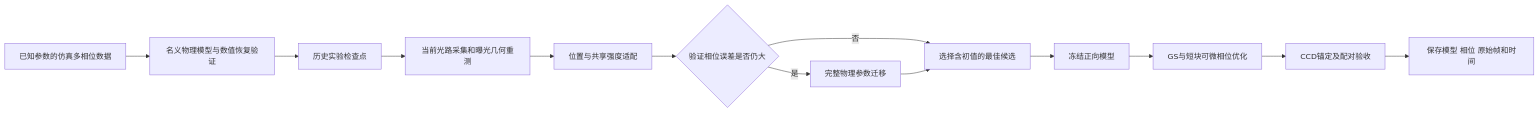
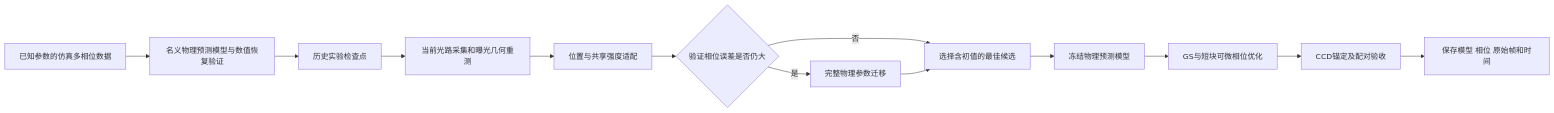
Before and after one commit to ywzhang909/AO-shaping: the second of 3 diagrams in report/shape_trials/multishape_capability/physical_multishape_reproduction_20261023.md, drawn with Mermaid. The commit also changed other lines of this file and 28 other files, not shown here.

````diff
--- a/report/shape_trials/multishape_capability/physical_multishape_reproduction_20261023.md
+++ b/report/shape_trials/multishape_capability/physical_multishape_reproduction_20261023.md
@@ -451,15 +451,15 @@
 ```mermaid
 flowchart LR
-    S[已知参数的仿真多相位数据] --> N[名义物理模型与数值恢复验证]
+    S[已知参数的仿真多相位数据] --> N[名义物理预测模型与数值恢复验证]
     N --> P[历史实验检查点]
     P --> C[当前光路采集和曝光几何重测]
     C --> R[位置与共享强度适配]
     R --> V{验证相位误差是否仍大}
     V -->|是| T[完整物理参数迁移]
     V -->|否| M[选择含初值的最佳候选]
     T --> M
-    M --> F[冻结正向模型]
+    M --> F[冻结物理预测模型]
     F --> O[GS与短块可微相位优化]
     O --> A[CCD锚定及配对验收]
     A --> H[保存模型 相位 原始帧和时间]
 ```
````
